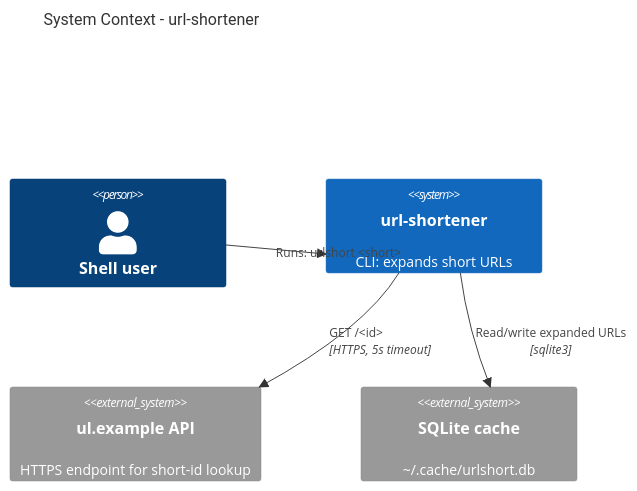
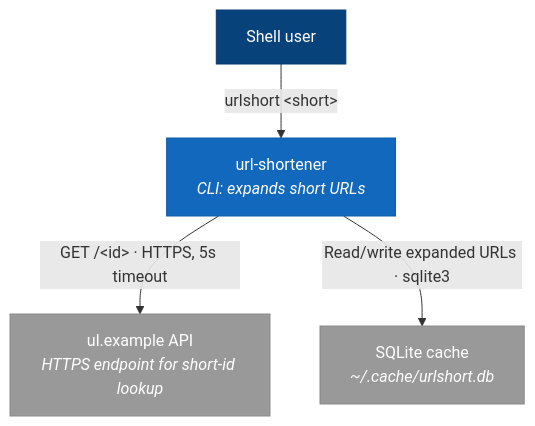
One commit to jewzaam/claude-skill-c4-reverse-engineer changed the first of 2 diagrams in references/example-output.md. Above: the diagram before and after it, drawn with Mermaid. The commit also changed other lines of this file and 1 other file, not shown here.

Commit message:
refactor: replace Mermaid C4 notation with standard flowchart diagrams
Mermaid's C4 plugin renders poorly — cramped labels, overlapping text,
and strict character restrictions that frequently produce syntax errors.
Switch to standard Mermaid flowchart with classDef styling using the C4
color palette. Remove the 8-bullet character-pitfalls section that was
only needed for the C4 plugin.

````diff
--- a/references/example-output.md
+++ b/references/example-output.md
@@ -19,11 +19,15 @@
 ```mermaid
-C4Context
-    title System Context - url-shortener
-    Person(user, "Shell user")
-    System(shortener, "url-shortener", "CLI: expands short URLs")
-    System_Ext(api, "ul.example API", "HTTPS endpoint for short-id lookup")
-    System_Ext(cache_store, "SQLite cache", "~/.cache/urlshort.db")
-    Rel(user, shortener, "Runs: urlshort <short>")
-    Rel(shortener, api, "GET /<id>", "HTTPS, 5s timeout")
-    Rel(shortener, cache_store, "Read/write expanded URLs", "sqlite3")
+flowchart TD
+    classDef person fill:#08427b,color:#fff,stroke:#073b6f
+    classDef system fill:#1168bd,color:#fff,stroke:#0f5ca8
+    classDef external fill:#999,color:#fff,stroke:#8a8a8a
+
+    user["Shell user"]:::person
+    shortener["url-shortener<br/><i>CLI: expands short URLs</i>"]:::system
+    api["ul.example API<br/><i>HTTPS endpoint for short-id lookup</i>"]:::external
+    cache_store["SQLite cache<br/><i>~/.cache/urlshort.db</i>"]:::external
+
+    user -->|"urlshort &lt;short&gt;"| shortener
+    shortener -->|"GET /&lt;id&gt; · HTTPS, 5s timeout"| api
+    shortener -->|"Read/write expanded URLs · sqlite3"| cache_store
 ```
````
